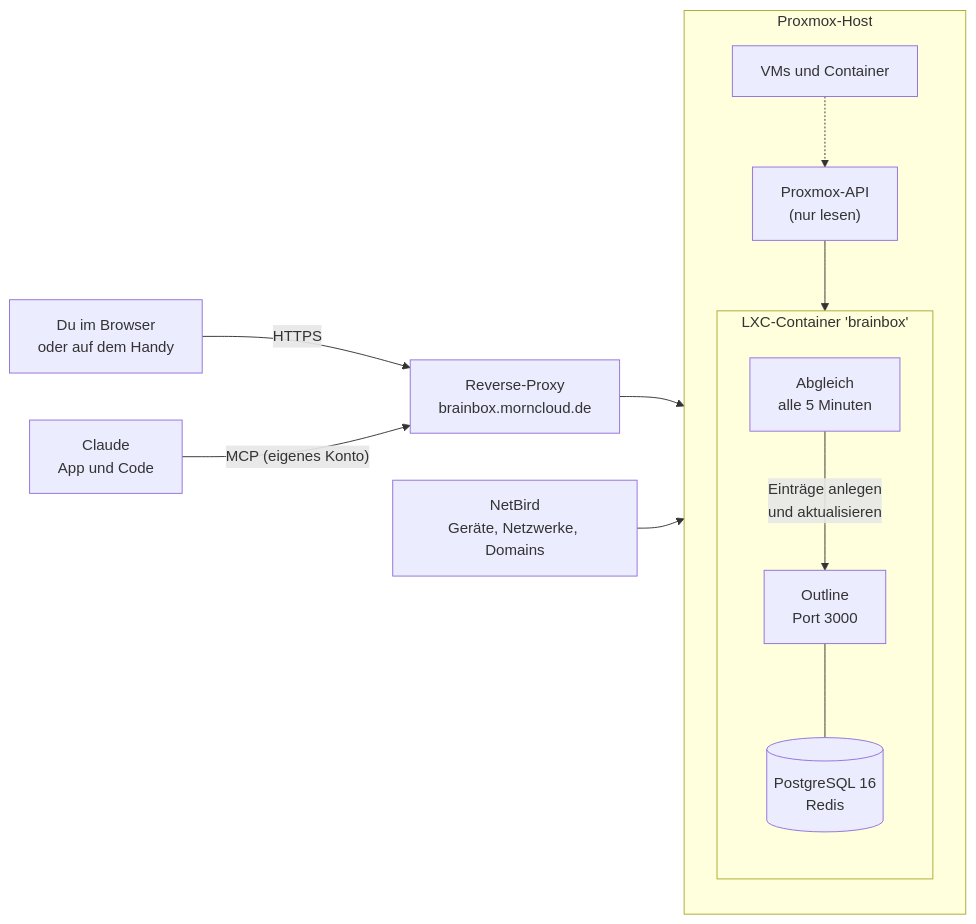
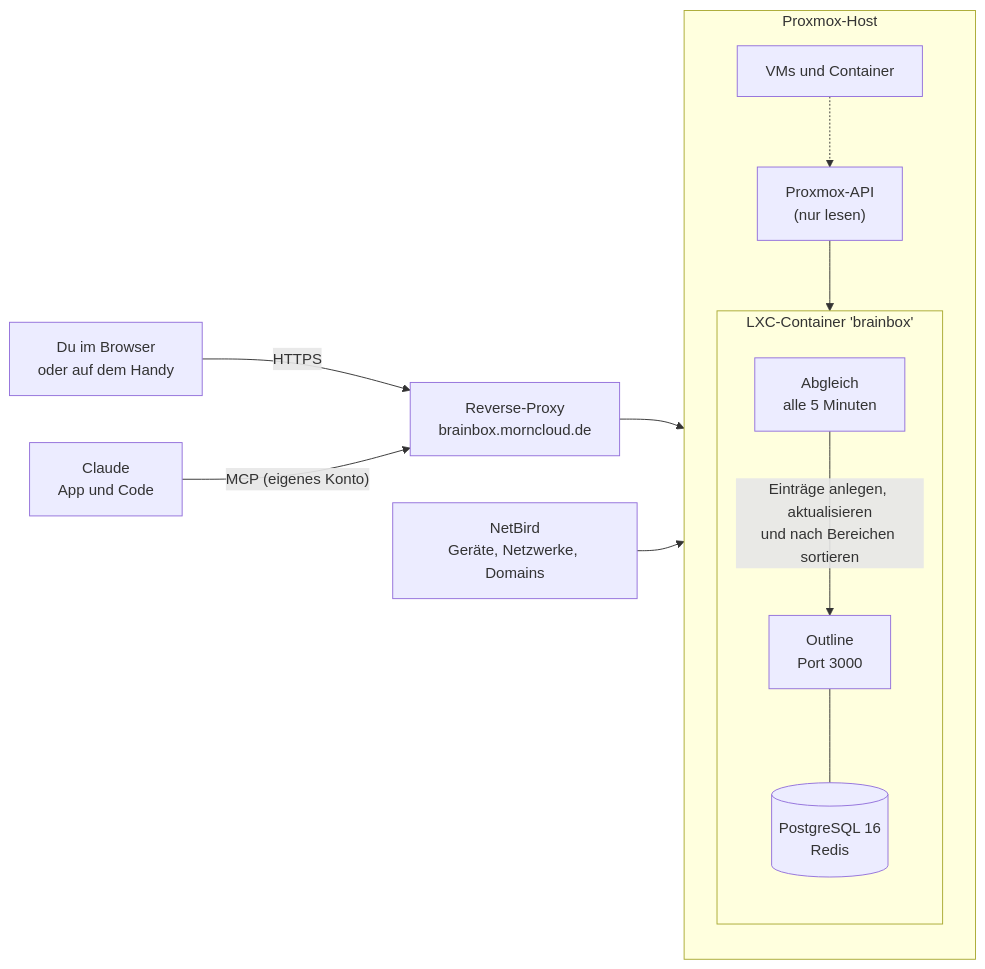
The first of 2 diagrams in README.md (pmornhart/Brainbox), drawn with Mermaid before and after one commit. The commit also changed other lines of this file and 1 other file, not shown here.

````diff
--- a/README.md
+++ b/README.md
@@ -86,26 +87,26 @@
 ```mermaid
 flowchart LR
   subgraph PVE["Proxmox-Host"]
     direction TB
     API["Proxmox-API<br/>(nur lesen)"]
     subgraph CT["LXC-Container 'brainbox'"]
       direction TB
       OL["Outline<br/>Port 3000"]
       DB[("PostgreSQL 16<br/>Redis")]
       SY["Abgleich<br/>alle 5 Minuten"]
     end
     VMs["VMs und Container"]
   end
   RP["Reverse-Proxy<br/>brainbox.morncloud.de"]
   U["Du im Browser<br/>oder auf dem Handy"]
   C["Claude<br/>App und Code"]
   NB["NetBird<br/>Geräte, Netzwerke, Domains"]
 
   U -- HTTPS --> RP --> OL
   C -- "MCP (eigenes Konto)" --> RP
   OL --- DB
   VMs -.-> API
   API --> SY
   NB --> SY
-  SY -- "Einträge anlegen<br/>und aktualisieren" --> OL
+  SY -- "Einträge anlegen, aktualisieren<br/>und nach Bereichen sortieren" --> OL
 ```
````
